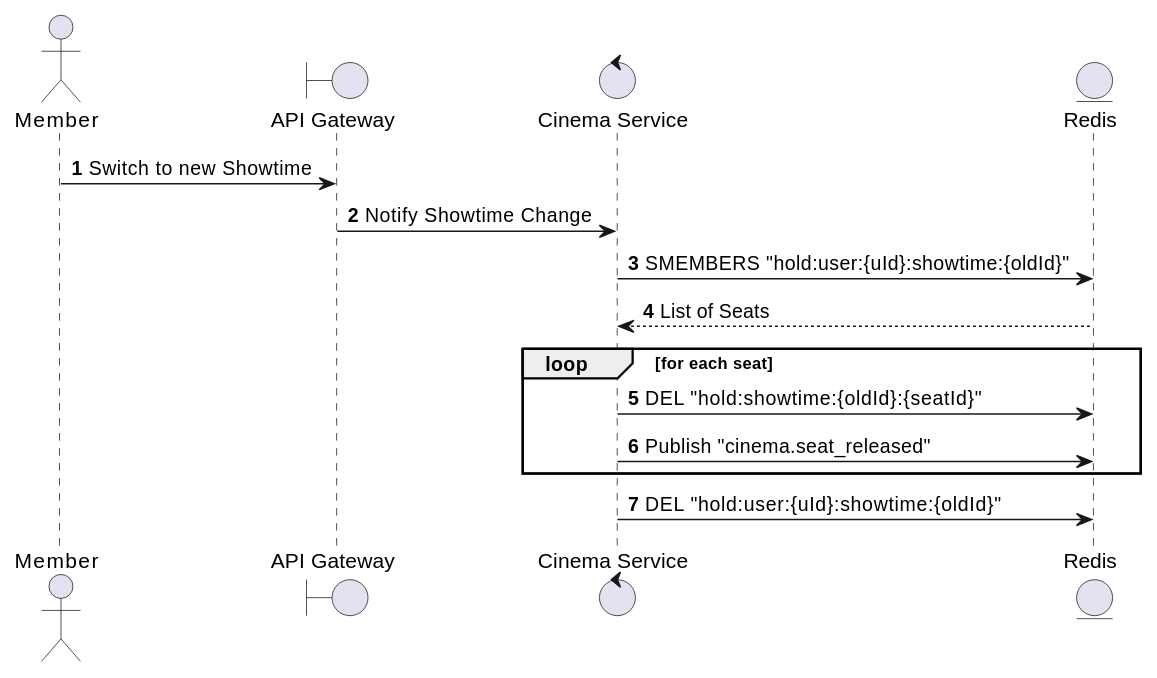
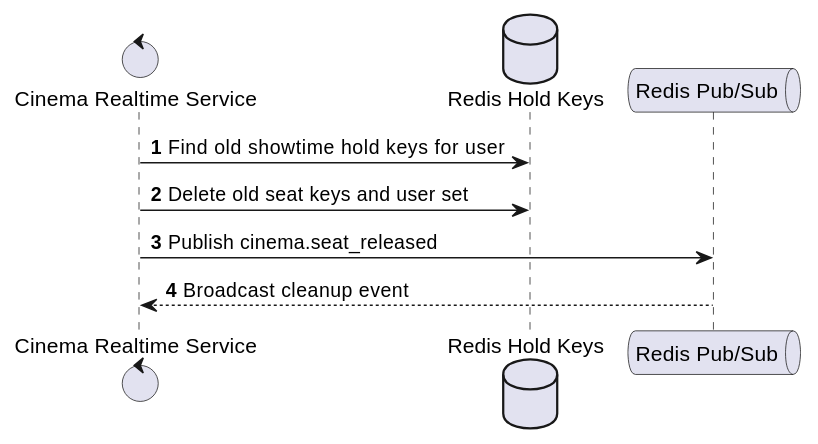
Before and after one commit to Tanh1603/movie-hub-architecture: the first of 2 diagrams in docs/functional_specs/3.5.3_Real-time_Seat_Selection/RT-04_Clear_Old_Showtime_Session.md, drawn with PlantUML. The commit also changed other lines of this file and 126 other files, not shown here.

````diff
--- a/docs/functional_specs/3.5.3_Real-time_Seat_Selection/RT-04_Clear_Old_Showtime_Session.md
+++ b/docs/functional_specs/3.5.3_Real-time_Seat_Selection/RT-04_Clear_Old_Showtime_Session.md
@@ -17,19 +17,13 @@
 ```plantuml
 @startuml
 autonumber
-actor Member
-boundary "API Gateway" as WS
-control "Cinema Service" as CS
-entity "Redis" as R
+control "Cinema Realtime Service" as CRS
+database "Redis Hold Keys" as Hold
+queue "Redis Pub/Sub" as Redis
 
-Member -> WS: Switch to new Showtime
-WS -> CS: Notify Showtime Change
-CS -> R: SMEMBERS "hold:user:{uId}:showtime:{oldId}"
-R --> CS: List of Seats
-loop for each seat
-    CS -> R: DEL "hold:showtime:{oldId}:{seatId}"
-    CS -> R: Publish "cinema.seat_released"
-end
-CS -> R: DEL "hold:user:{uId}:showtime:{oldId}"
+CRS -> Hold: Find old showtime hold keys for user
+CRS -> Hold: Delete old seat keys and user set
+CRS -> Redis: Publish cinema.seat_released
+Redis --> CRS: Broadcast cleanup event
 @enduml
 ```
````
